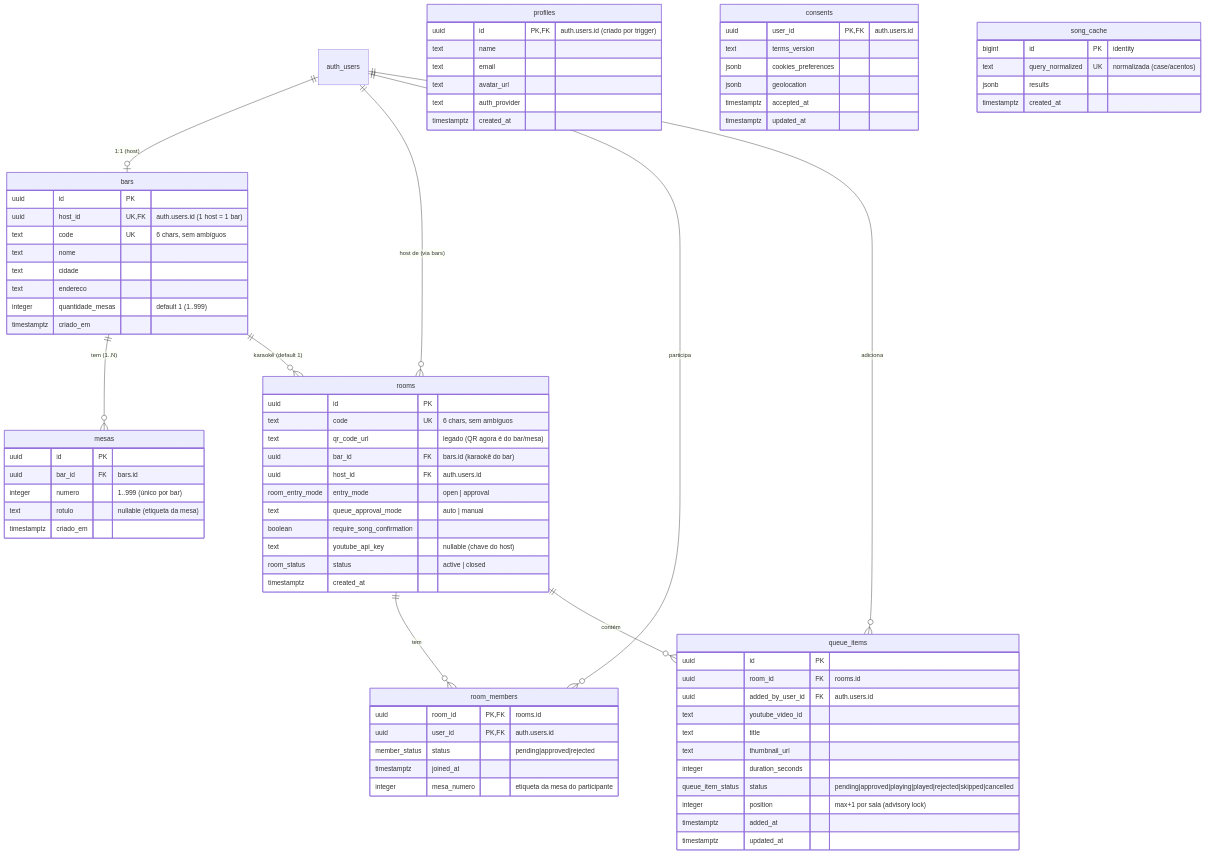
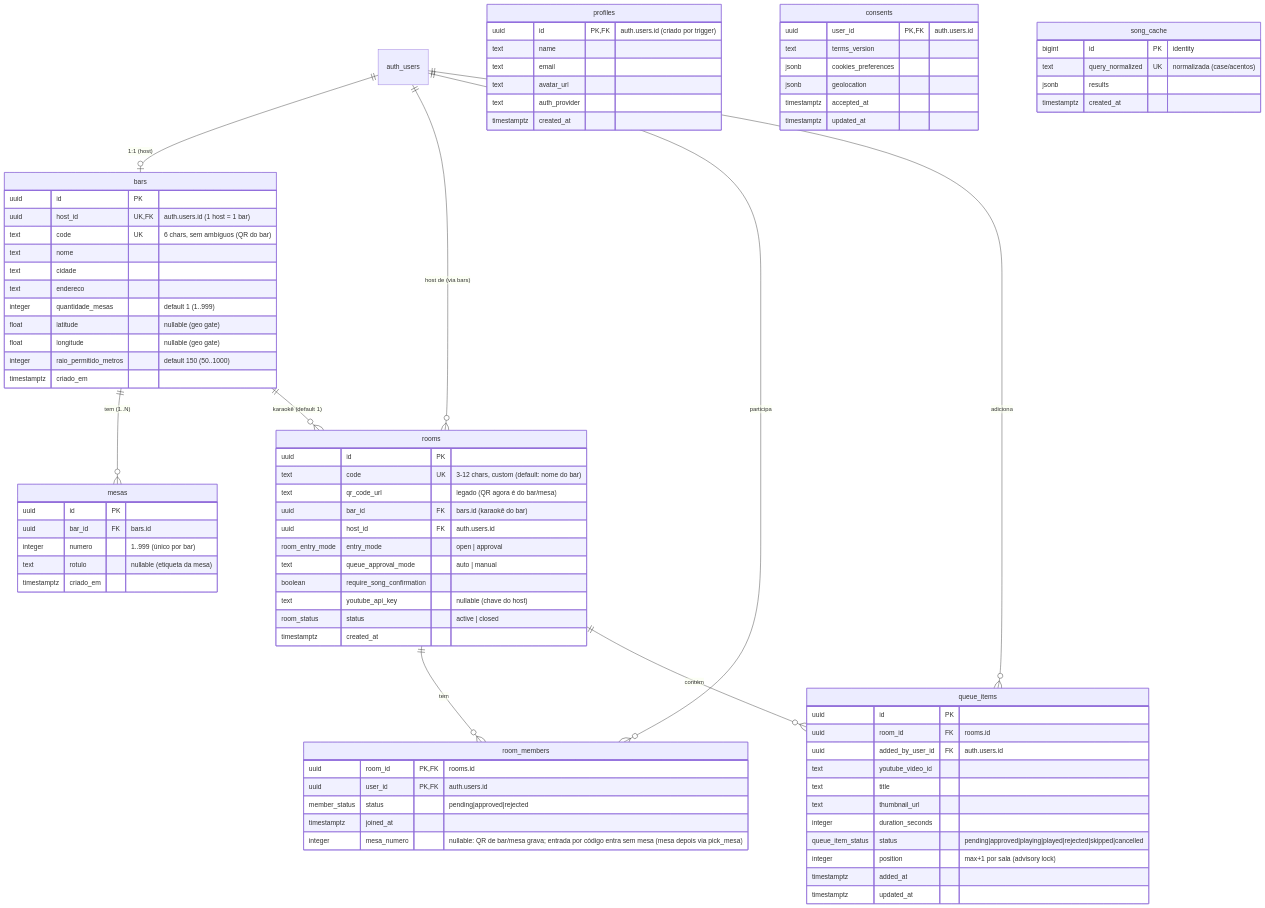
The first of 5 diagrams in docs/flows/banco-de-dados.md (cavalcanteprofissional/karaoke-flow), drawn with Mermaid before and after one commit. The commit also changed other lines of this file and 31 other files, not shown here.

First line of the commit message:
feat: código de sala configurável (3–12) + entrada direta por código + aprovação de música por padrão (Fase 3.6)

```diff
--- a/docs/flows/banco-de-dados.md
+++ b/docs/flows/banco-de-dados.md
@@ -19,7 +19,7 @@
     rooms ||--o{ queue_items : "contém"
     rooms {
         uuid id PK
-        text code UK "6 chars, sem ambíguos"
+        text code UK "3-12 chars, custom (default: nome do bar)"
         text qr_code_url "legado (QR agora é do bar/mesa)"
         uuid bar_id FK "bars.id (karaokê do bar)"
         uuid host_id FK "auth.users.id"
@@ -36,17 +36,20 @@
         uuid user_id PK,FK "auth.users.id"
         member_status status "pending|approved|rejected"
         timestamptz joined_at
-        integer mesa_numero "etiqueta da mesa do participante"
+        integer mesa_numero "nullable: QR de bar/mesa grava; entrada por código entra sem mesa (mesa depois via pick_mesa)"
     }
 
     bars {
         uuid id PK
         uuid host_id UK,FK "auth.users.id (1 host = 1 bar)"
-        text code UK "6 chars, sem ambíguos"
+        text code UK "6 chars, sem ambíguos (QR do bar)"
         text nome
         text cidade
         text endereco
         integer quantidade_mesas "default 1 (1..999)"
+        float latitude "nullable (geo gate)"
+        float longitude "nullable (geo gate)"
+        integer raio_permitido_metros "default 150 (50..1000)"
         timestamptz criado_em
     }
 
```
